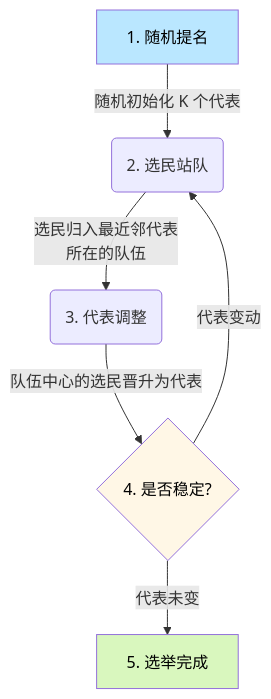
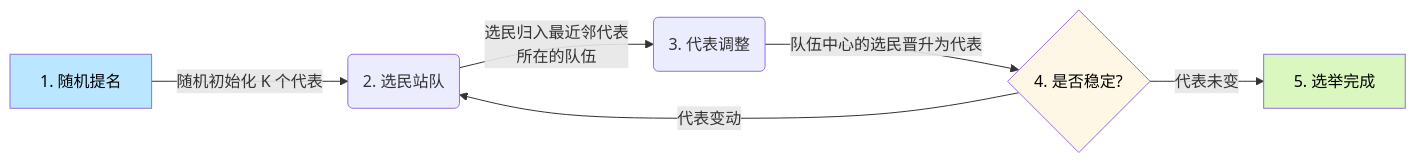
Before and after one commit to ThreeFish-AI/agentic-ai-cognizes: the fifth of 37 diagrams in docs/research/003-vector-search-algorithm.md, drawn with Mermaid. The commit also changed other lines of this file, not shown here.

````diff
--- a/docs/research/003-vector-search-algorithm.md
+++ b/docs/research/003-vector-search-algorithm.md
@@ -273,12 +273,12 @@
 ```mermaid
-graph TD
+graph LR
     Start[1. 随机提名] -->|"随机初始化 K 个代表"| Assign(2. 选民站队)
     Assign -->|"选民归入最近邻代表<br/>所在的队伍"| Update(3. 代表调整)
     Update -->|"队伍中心的选民晋升为代表"| Check{4. 是否稳定?}
     Check -->|"代表变动"| Assign
     Check -->|"代表未变"| Done[5. 选举完成]
 
     style Start fill:#bae7ff,color:#000000
     style Done fill:#d9f7be,color:#000000
     style Check fill:#fff7e6,color:#000000
 ```
````
